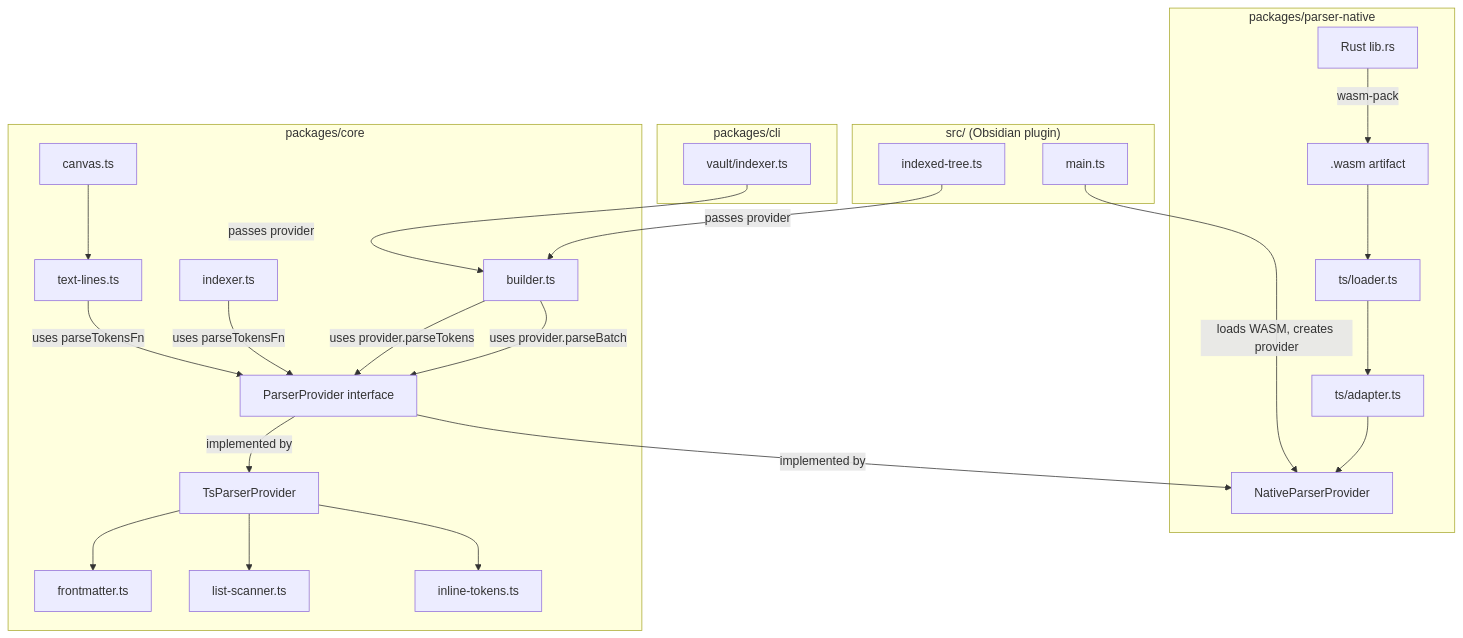
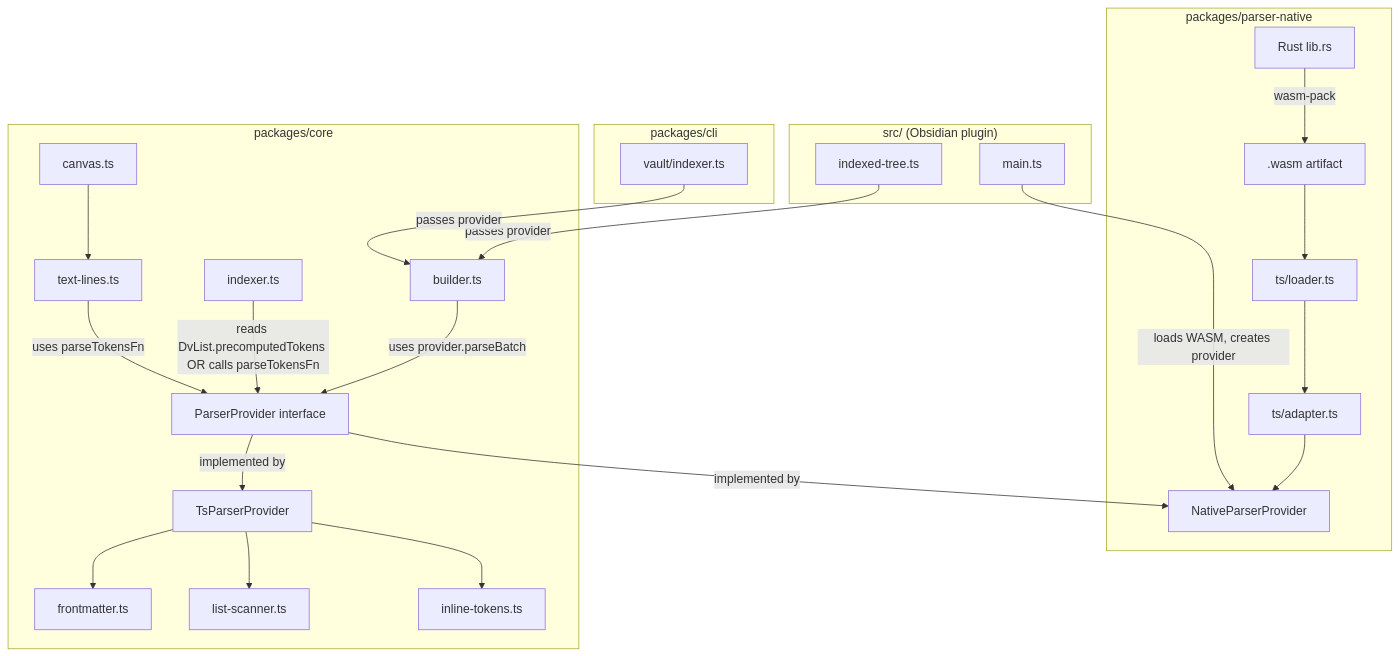
Before and after one commit to catacgc/obsidian-tree-search: the diagram in prospect/features/improve-indexing-performance-for-obsidian-tree-search/design.md, drawn with Mermaid. The commit also changed other lines of this file, not shown here.

Commit message:
manny: feature_architect — improve-indexing-performance-for-obsidian-tree-search

````diff
--- a/prospect/features/improve-indexing-performance-for-obsidian-tree-search/design.md
+++ b/prospect/features/improve-indexing-performance-for-obsidian-tree-search/design.md
@@ -49,32 +50,31 @@
 ```mermaid
 graph TD
     subgraph "packages/parser-native"
         RUST[Rust lib.rs] -->|wasm-pack| WASM[.wasm artifact]
         WASM --> LOADER[ts/loader.ts]
         LOADER --> ADAPTER[ts/adapter.ts]
         ADAPTER --> NATIVE_PROVIDER[NativeParserProvider]
     end
 
     subgraph "packages/core"
         PROVIDER_IF[ParserProvider interface] -->|implemented by| NATIVE_PROVIDER
         PROVIDER_IF -->|implemented by| TS_PROVIDER[TsParserProvider]
         TS_PROVIDER --> TS_FMATTER[frontmatter.ts]
         TS_PROVIDER --> TS_SCANNER[list-scanner.ts]
         TS_PROVIDER --> TS_TOKENS[inline-tokens.ts]
 
         BUILDER[builder.ts] -->|uses provider.parseBatch| PROVIDER_IF
-        BUILDER -->|uses provider.parseTokens| PROVIDER_IF
-        INDEXER[indexer.ts] -->|uses parseTokensFn| PROVIDER_IF
+        INDEXER[indexer.ts] -->|reads DvList.precomputedTokens OR calls parseTokensFn| PROVIDER_IF
         TEXT_LINES[text-lines.ts] -->|uses parseTokensFn| PROVIDER_IF
         CANVAS[canvas.ts] --> TEXT_LINES
     end
 
     subgraph "src/ (Obsidian plugin)"
         MAIN[main.ts] -->|loads WASM, creates provider| NATIVE_PROVIDER
         INDEXED_TREE[indexed-tree.ts] -->|passes provider| BUILDER
     end
 
     subgraph "packages/cli"
         CLI_INDEXER[vault/indexer.ts] -->|passes provider| BUILDER
     end
 ```
````
